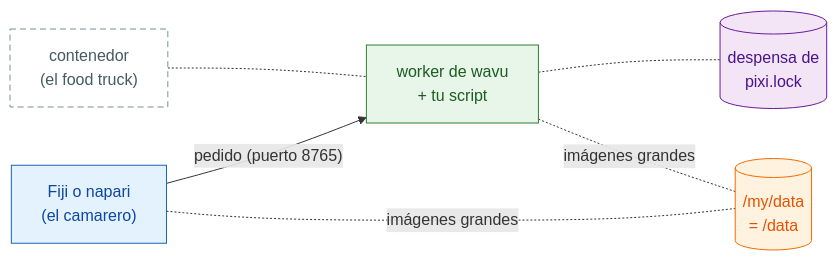
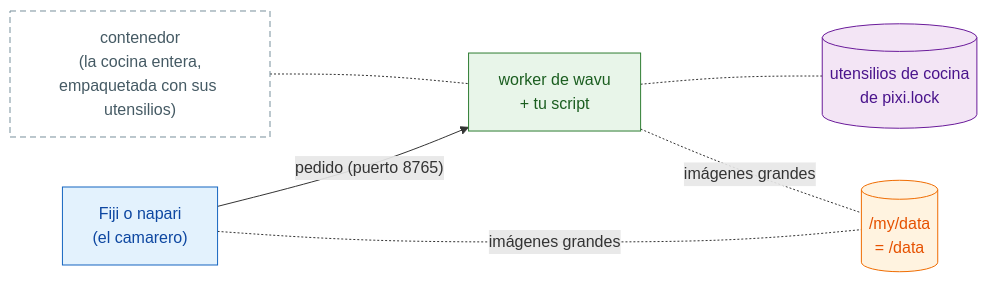
One commit to Oxford-Zeiss-Centre-of-Excellence/Wavu changed the diagram in guide/write/container.es.md. Above: the diagram before and after it, drawn with Mermaid. The commit also changed other lines of this file and 221 other files, not shown here.

````diff
--- a/guide/write/container.es.md
+++ b/guide/write/container.es.md
@@ -11,19 +13,19 @@
 ```mermaid
 flowchart LR
     V["Fiji o napari<br/>(el camarero)"]:::fiji
-    T["contenedor<br/>(el food truck)"]:::box
+    T["contenedor<br/>(la cocina entera,<br/>empaquetada con sus utensilios)"]:::box
     W["worker de wavu<br/>+ tu script"]:::worker
-    E[("despensa de<br/>pixi.lock")]:::env
+    E[("utensilios de cocina<br/>de pixi.lock")]:::env
     D[("/my/data<br/>= /data")]:::script
     V -- "pedido (puerto 8765)" --> W
     T -.- W
     W -.- E
     V -.-|imágenes grandes| D
     W -.-|imágenes grandes| D
 
     classDef fiji   fill:#e3f2fd,stroke:#1565c0,color:#0d47a1
     classDef worker fill:#e8f5e9,stroke:#2e7d32,color:#1b5e20
     classDef script fill:#fff3e0,stroke:#ef6c00,color:#e65100
     classDef env    fill:#f3e5f5,stroke:#6a1b9a,color:#4a148c
     classDef box    fill:#ffffff,stroke:#78909c,stroke-dasharray: 6 4,color:#455a64
 ```
````
